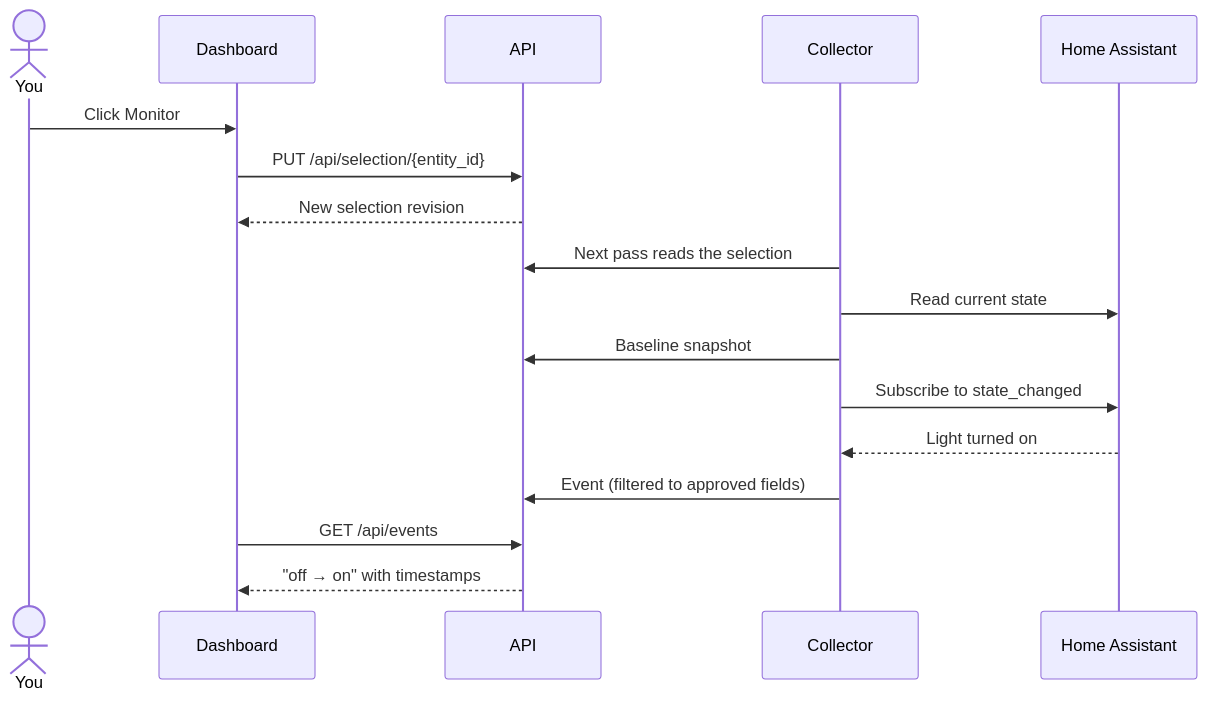
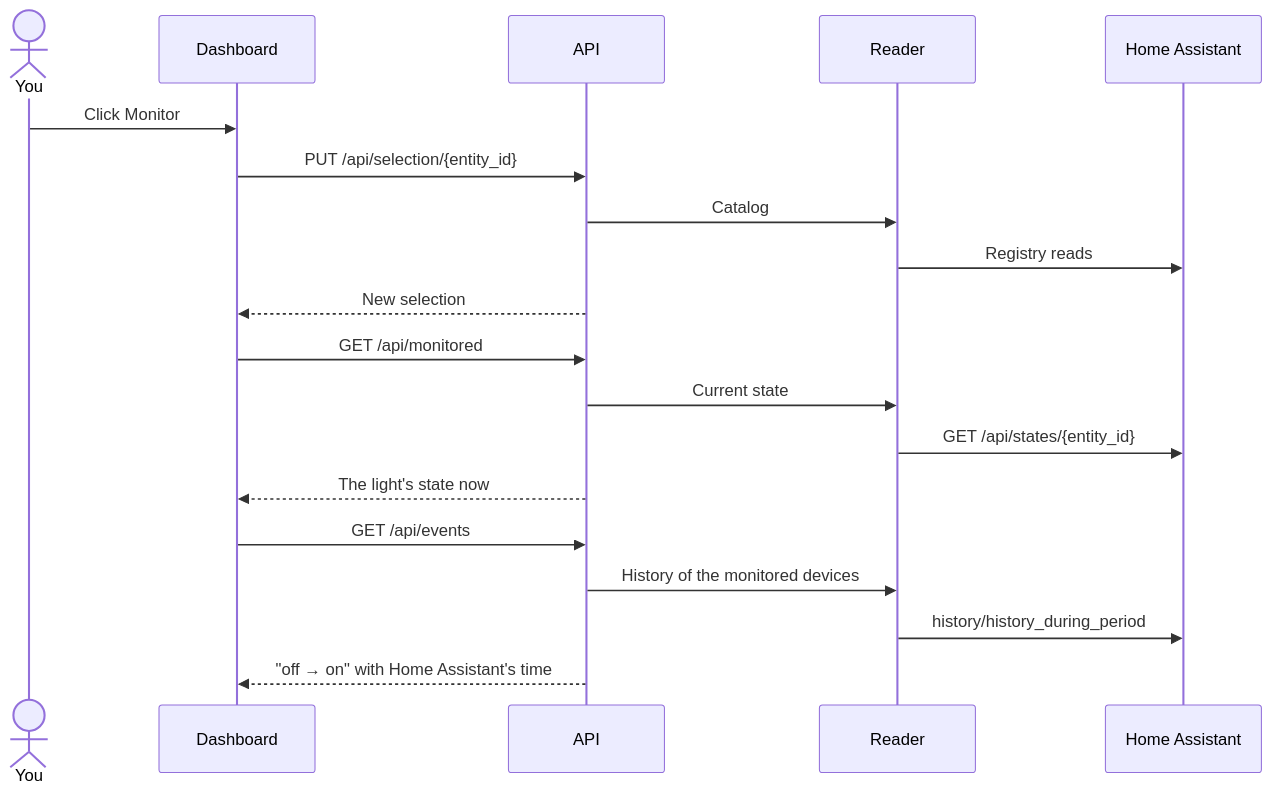
One commit to alitaghub/home-keeper changed the second of 2 diagrams in docs/architecture.md. Above: the diagram before and after it, drawn with Mermaid. The commit also changed other lines of this file and 76 other files, not shown here.

````diff
--- a/docs/architecture.md
+++ b/docs/architecture.md
@@ -106,20 +113,22 @@
 ```mermaid
 sequenceDiagram
     actor You
     participant D as Dashboard
     participant A as API
-    participant C as Collector
+    participant R as Reader
     participant H as Home Assistant
 
     You->>D: Click Monitor
     D->>A: PUT /api/selection/{entity_id}
-    A-->>D: New selection revision
-    C->>A: Next pass reads the selection
-    C->>H: Read current state
-    C->>A: Baseline snapshot
-    C->>H: Subscribe to state_changed
-    H-->>C: Light turned on
-    C->>A: Event (filtered to approved fields)
+    A->>R: Catalog
+    R->>H: Registry reads
+    A-->>D: New selection
+    D->>A: GET /api/monitored
+    A->>R: Current state
+    R->>H: GET /api/states/{entity_id}
+    A-->>D: The light's state now
     D->>A: GET /api/events
-    A-->>D: "off → on" with timestamps
+    A->>R: History of the monitored devices
+    R->>H: history/history_during_period
+    A-->>D: "off → on" with Home Assistant's time
 ```
````
